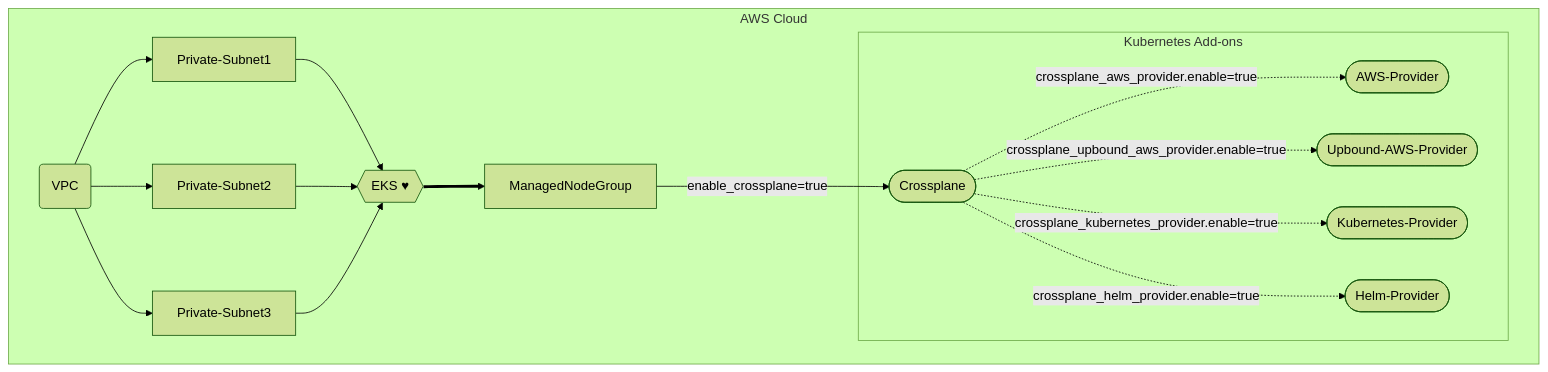
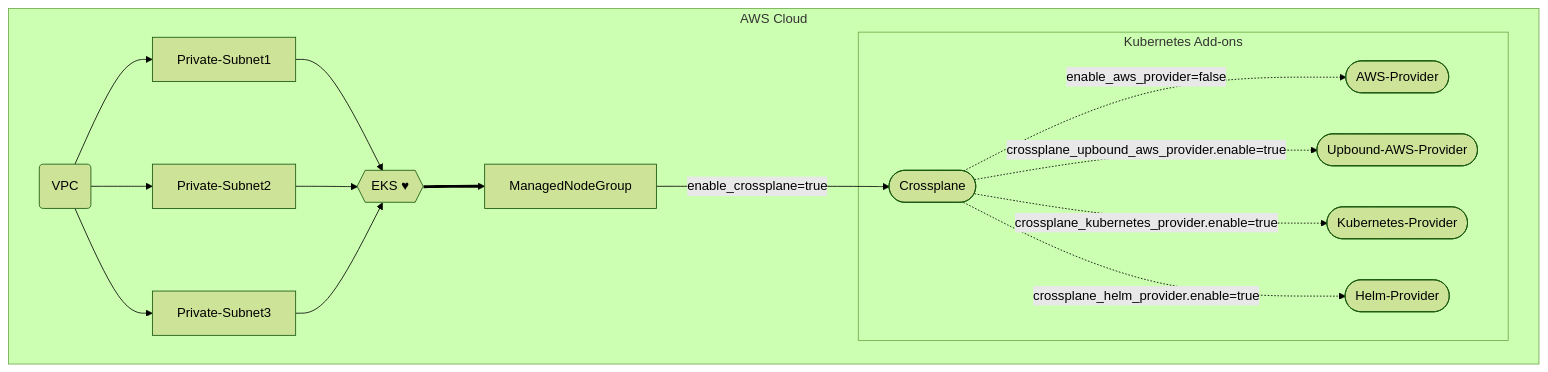
The diagram in bootstrap/terraform-fully-private/README.md (awslabs/crossplane-on-eks), drawn with Mermaid (forest theme) before and after one commit.

````diff
--- a/bootstrap/terraform-fully-private/README.md
+++ b/bootstrap/terraform-fully-private/README.md
@@ -17,19 +17,19 @@
 ```mermaid
 graph TD;
     subgraph AWS Cloud
     id1(VPC)-->Private-Subnet1;
     id1(VPC)-->Private-Subnet2;
     id1(VPC)-->Private-Subnet3;
     Private-Subnet1-->EKS{{"EKS #9829;"}}
     Private-Subnet2-->EKS{{"EKS #9829;"}}
     Private-Subnet3-->EKS{{"EKS #9829;"}}
     EKS==>ManagedNodeGroup;
     ManagedNodeGroup-->|enable_crossplane=true|id2([Crossplane]);
     subgraph Kubernetes Add-ons
-    id2([Crossplane])-.->|crossplane_aws_provider.enable=true|id3([AWS-Provider]);
+    id2([Crossplane])-.->|enable_aws_provider=false|id3([AWS-Provider]);
     id2([Crossplane])-.->|crossplane_upbound_aws_provider.enable=true|id4([Upbound-AWS-Provider]);
     id2([Crossplane])-.->|crossplane_kubernetes_provider.enable=true|id5([Kubernetes-Provider]);
     id2([Crossplane])-.->|crossplane_helm_provider.enable=true|id6([Helm-Provider]);
     end
     end
 ```
````
